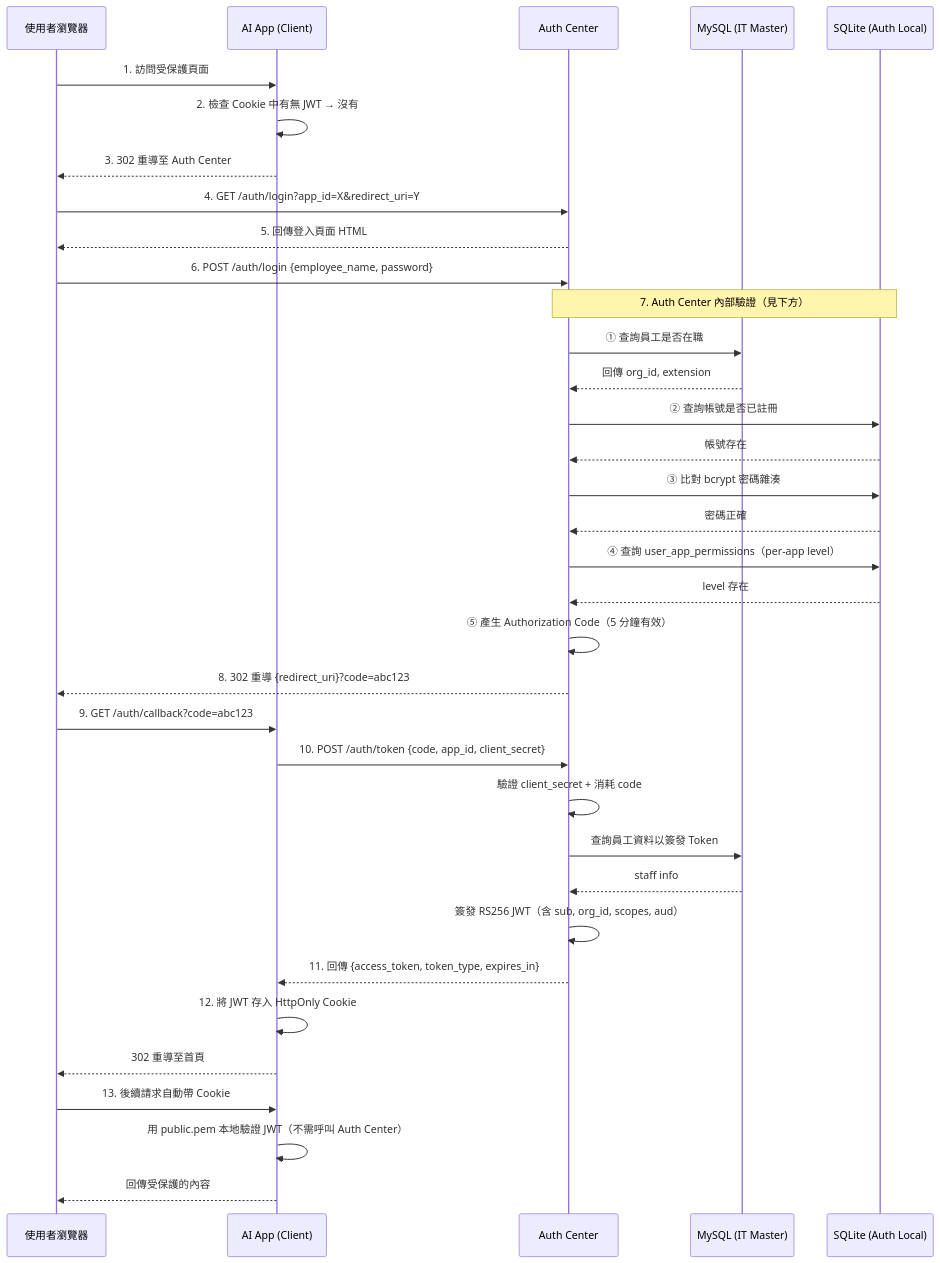
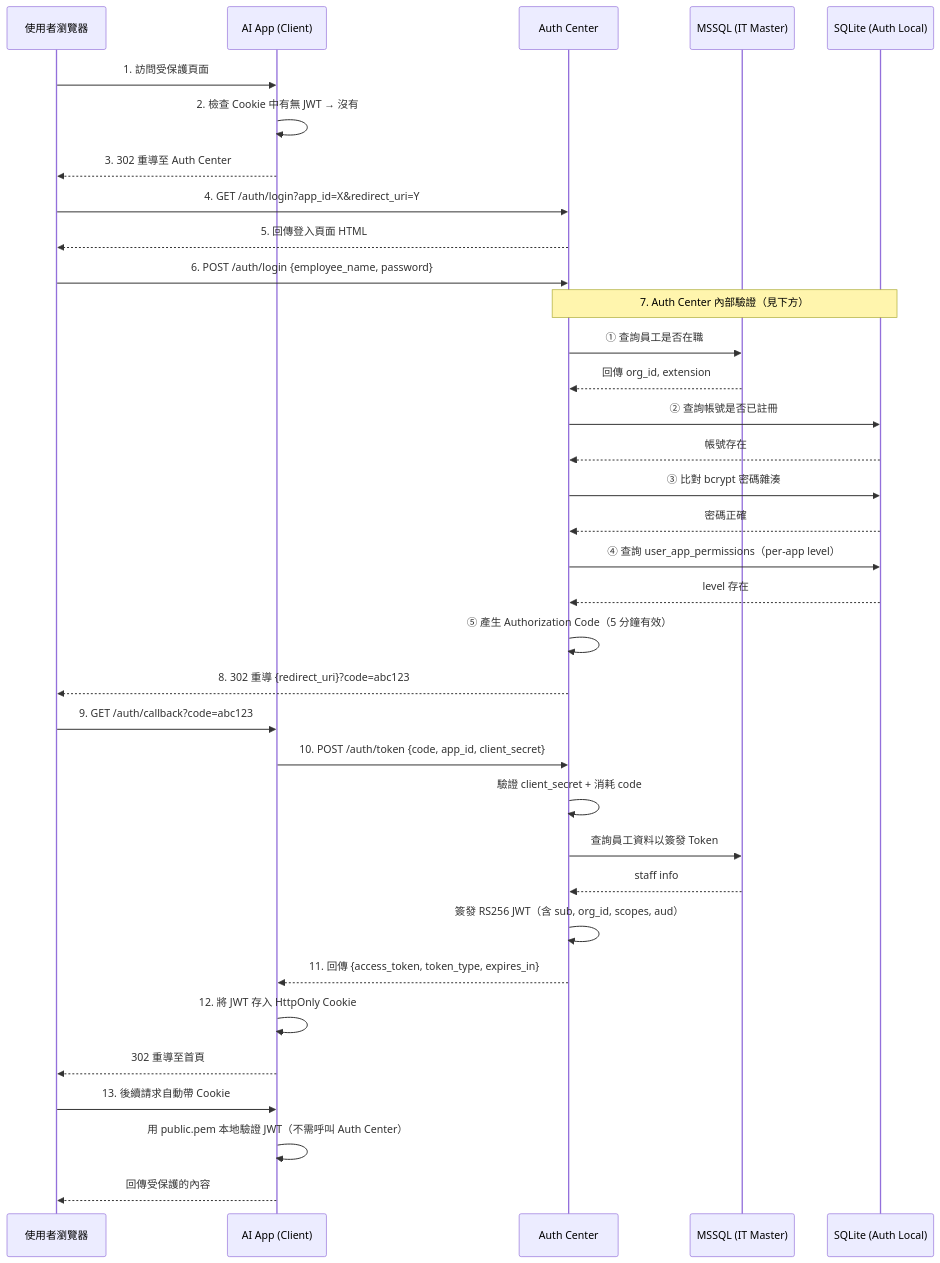
One commit to bwinken/authcenter changed the first of 7 diagrams in README.md. Above: the diagram before and after it, drawn with Mermaid. The commit also changed other lines of this file and 10 other files, not shown here.

First line of the commit message:
refactor: migrate IT Master DB from MySQL to MSSQL

````diff
--- a/README.md
+++ b/README.md
@@ -365,45 +410,45 @@
 ```mermaid
 sequenceDiagram
     participant U as 使用者瀏覽器
     participant A as AI App (Client)
     participant C as Auth Center
-    participant M as MySQL (IT Master)
+    participant M as MSSQL (IT Master)
     participant S as SQLite (Auth Local)
 
     U->>A: 1. 訪問受保護頁面
     A->>A: 2. 檢查 Cookie 中有無 JWT → 沒有
     A-->>U: 3. 302 重導至 Auth Center
 
     U->>C: 4. GET /auth/login?app_id=X&redirect_uri=Y
     C-->>U: 5. 回傳登入頁面 HTML
 
     U->>C: 6. POST /auth/login {employee_name, password}
 
     Note over C,S: 7. Auth Center 內部驗證（見下方）
     C->>M: ① 查詢員工是否在職
     M-->>C: 回傳 org_id, extension
     C->>S: ② 查詢帳號是否已註冊
     S-->>C: 帳號存在
     C->>S: ③ 比對 bcrypt 密碼雜湊
     S-->>C: 密碼正確
     C->>S: ④ 查詢 user_app_permissions（per-app level）
     S-->>C: level 存在
     C->>C: ⑤ 產生 Authorization Code（5 分鐘有效）
 
     C-->>U: 8. 302 重導 {redirect_uri}?code=abc123
     U->>A: 9. GET /auth/callback?code=abc123
 
     A->>C: 10. POST /auth/token {code, app_id, client_secret}
     C->>C: 驗證 client_secret + 消耗 code
     C->>M: 查詢員工資料以簽發 Token
     M-->>C: staff info
     C->>C: 簽發 RS256 JWT（含 sub, org_id, scopes, aud）
     C-->>A: 11. 回傳 {access_token, token_type, expires_in}
 
     A->>A: 12. 將 JWT 存入 HttpOnly Cookie
     A-->>U: 302 重導至首頁
 
     U->>A: 13. 後續請求自動帶 Cookie
     A->>A: 用 public.pem 本地驗證 JWT（不需呼叫 Auth Center）
     A-->>U: 回傳受保護的內容
 ```
````
